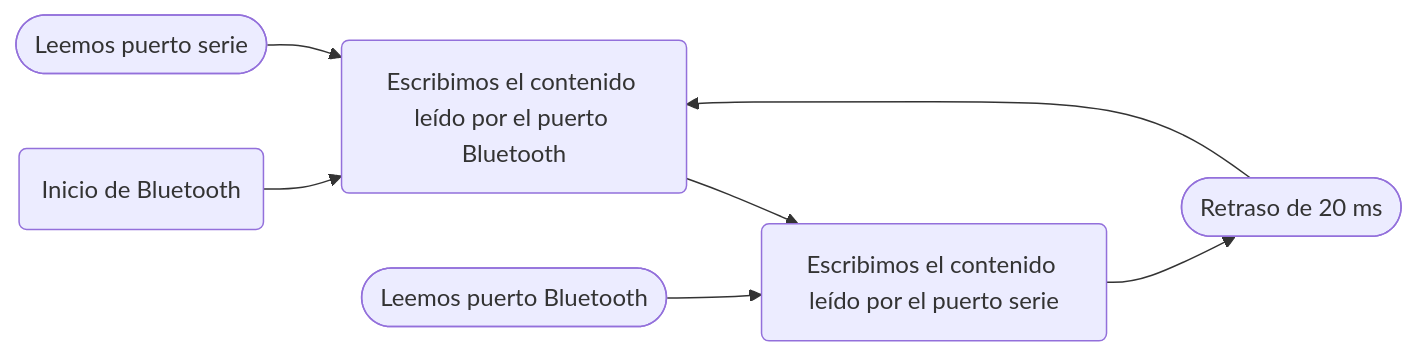
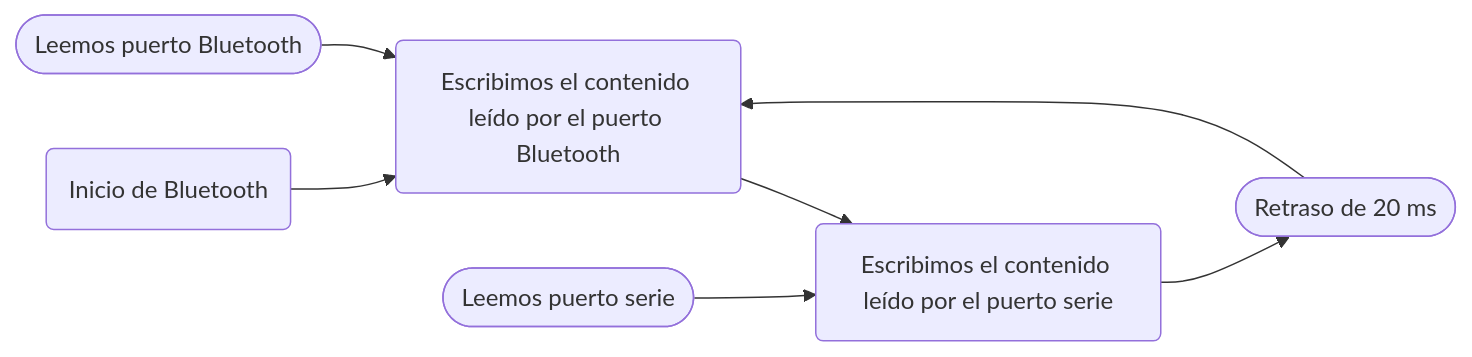
The second of 4 diagrams in README.md (joeljoanmorera/P4-morera-cots), drawn with Mermaid before and after one commit. The commit also changed other lines of this file and 2 other files, not shown here.

````diff
--- a/README.md
+++ b/README.md
@@ -664,14 +662,14 @@
 ```mermaid
     flowchart LR;
 
     BB(Inicio de Bluetooth) --> WB;
 
     WB(Escribimos el contenido leído por el puerto Bluetooth) --> WS
 
     WS(Escribimos el contenido leído por el puerto serie) --> D([Retraso de 20 ms]) --> WB
 
-    RS([Leemos puerto serie]) --> WB
+    RS([Leemos puerto serie]) --> WS
 
-    RB([Leemos puerto Bluetooth]) --> WS
+    RB([Leemos puerto Bluetooth]) --> WB
     
 ```
````
